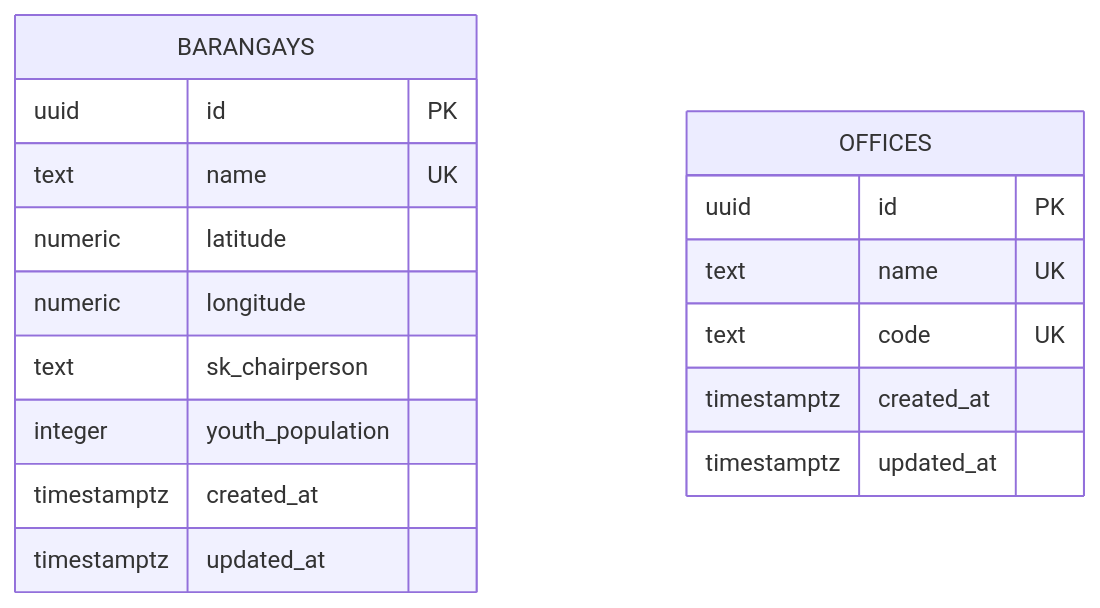
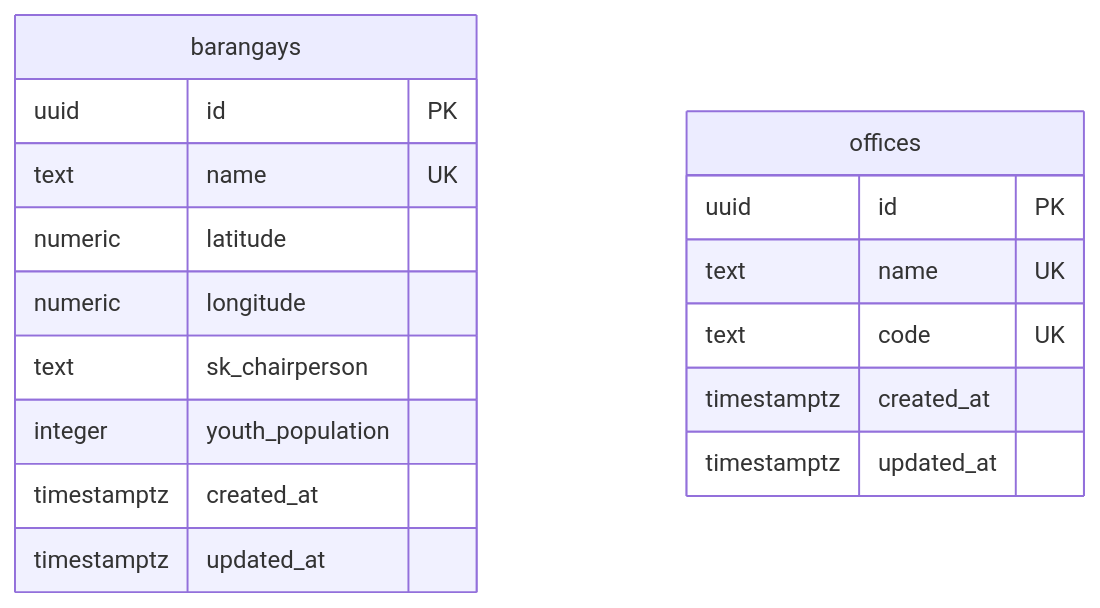
One commit to txiaoqt/lydo-connect-org-focused changed the third of 9 diagrams in Methodology/3.2.4-Database-Schema.md. Above: the diagram before and after it, drawn with Mermaid. The commit also changed other lines of this file, not shown here.

````diff
--- a/Methodology/3.2.4-Database-Schema.md
+++ b/Methodology/3.2.4-Database-Schema.md
@@ -317,21 +317,21 @@
 ```mermaid
 erDiagram
-    BARANGAYS {
+    barangays {
       uuid id PK
       text name UK
       numeric latitude
       numeric longitude
       text sk_chairperson
       integer youth_population
       timestamptz created_at
       timestamptz updated_at
     }
 
-    OFFICES {
+    offices {
       uuid id PK
       text name UK
       text code UK
       timestamptz created_at
       timestamptz updated_at
     }
 ```
````
